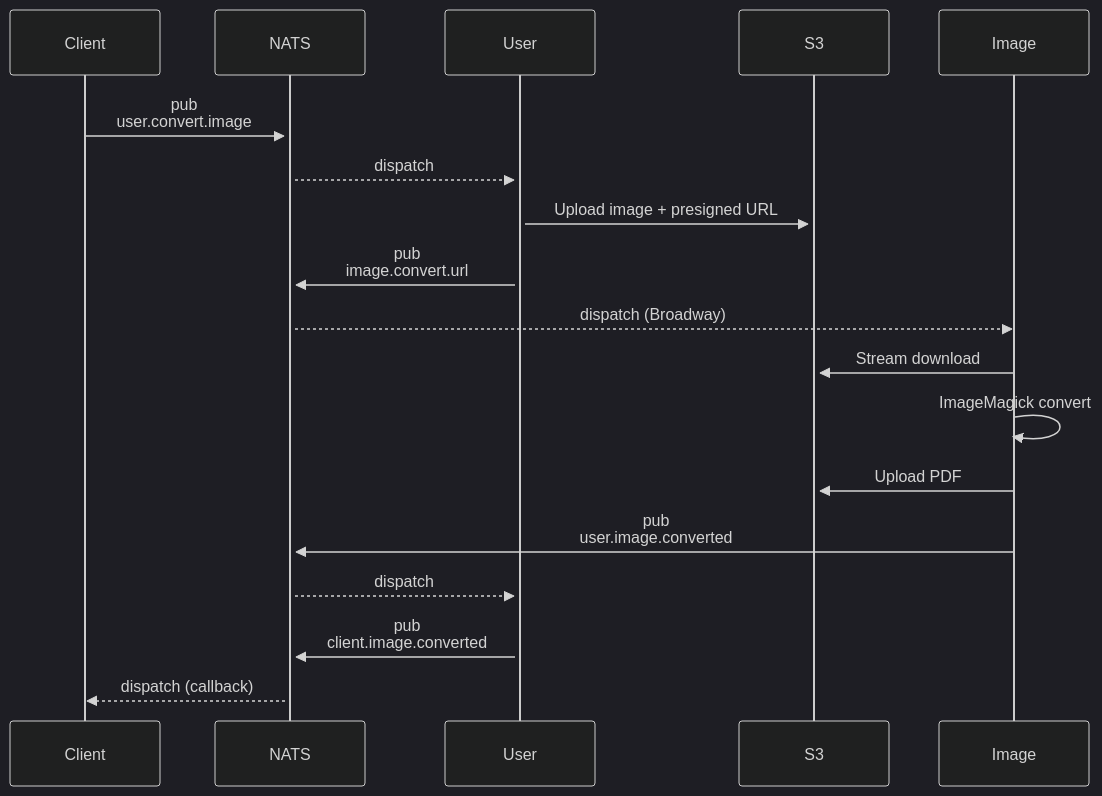
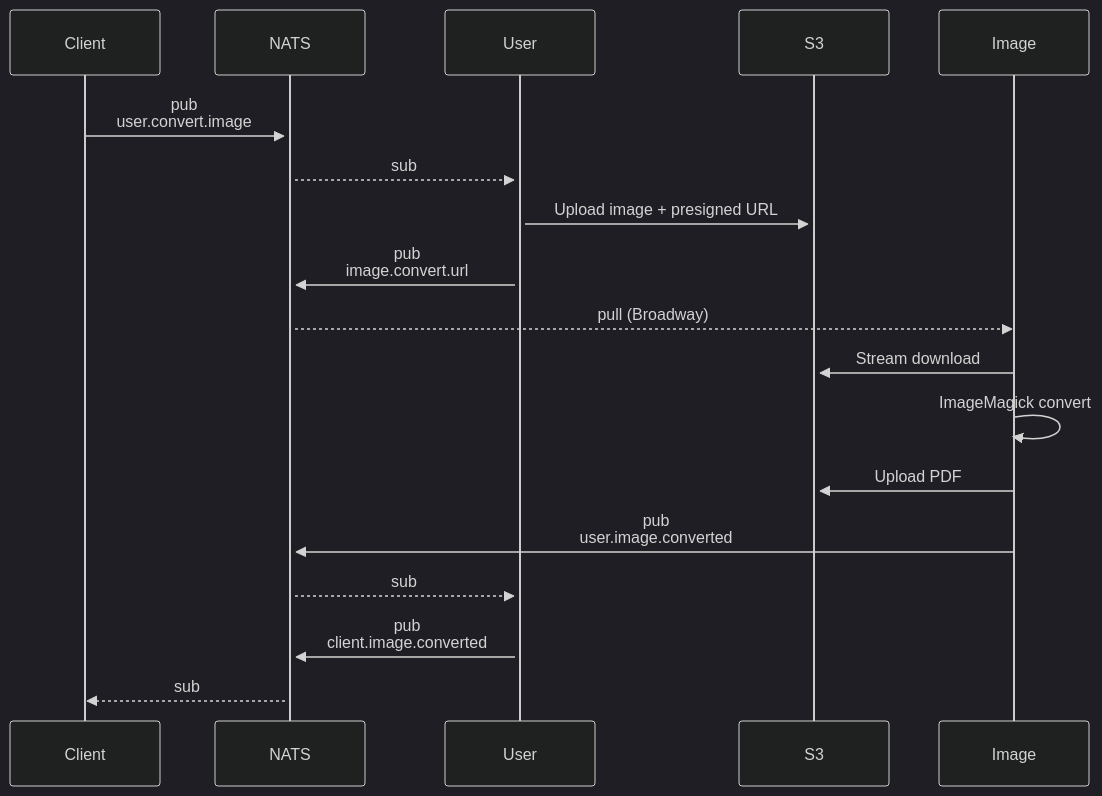
One commit to dwyl/learn-elixir-microservices-with-natsio-and-opentelemetry changed the fourth of 8 diagrams in README.md. Above: the diagram before and after it, drawn with Mermaid (dark theme). The commit also changed other lines of this file and 6 other files, not shown here.

````diff
--- a/README.md
+++ b/README.md
@@ -875,15 +888,15 @@
 ```mermaid
 sequenceDiagram
     Client->>+NATS: pub <br> user.convert.image
-    NATS-->>+User: dispatch
+    NATS-->>+User: sub
     User->>+S3: Upload image + presigned URL
     User->>NATS: pub <br> image.convert.url
-    NATS-->>Image: dispatch (Broadway)
+    NATS-->>Image: pull (Broadway)
     Image->>S3: Stream download
     Image->>Image: ImageMagick convert
     Image->>S3: Upload PDF
     Image->>NATS: pub <br> user.image.converted
-    NATS-->>User: dispatch
+    NATS-->>User: sub
     User->>NATS: pub <br> client.image.converted
-    NATS-->>Client: dispatch (callback)
+    NATS-->>Client: sub
 ```
````
